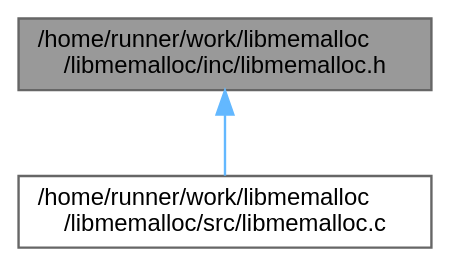
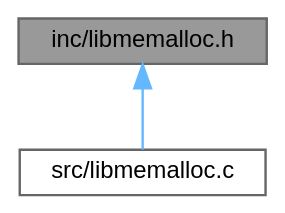
Before and after one commit to RafaelVVolkmer/libmemalloc: the diagram in libmemalloc_8h__dep__incl.dot, drawn with Graphviz. The commit also changed 89 other files, not shown here.

```diff
--- a/libmemalloc_8h__dep__incl.dot
+++ b/libmemalloc_8h__dep__incl.dot
@@ -1,10 +1,10 @@
-digraph "/home/runner/work/libmemalloc/libmemalloc/inc/libmemalloc.h"
+digraph "inc/libmemalloc.h"
 {
  // LATEX_PDF_SIZE
   bgcolor="transparent";
   edge [fontname=Helvetica,fontsize=10,labelfontname=Helvetica,labelfontsize=10];
   node [fontname=Helvetica,fontsize=10,shape=box,height=0.2,width=0.4];
-  Node1 [id="Node000001",label="/home/runner/work/libmemalloc\l/libmemalloc/inc/libmemalloc.h",height=0.2,width=0.4,color="gray40", fillcolor="grey60", style="filled", fontcolor="black",tooltip=" "];
+  Node1 [id="Node000001",label="inc/libmemalloc.h",height=0.2,width=0.4,color="gray40", fillcolor="grey60", style="filled", fontcolor="black",tooltip=" "];
   Node1 -> Node2 [id="edge1_Node000001_Node000002",dir="back",color="steelblue1",style="solid",tooltip=" "];
-  Node2 [id="Node000002",label="/home/runner/work/libmemalloc\l/libmemalloc/src/libmemalloc.c",height=0.2,width=0.4,color="grey40", fillcolor="white", style="filled",URL="$libmemalloc_8c.html",tooltip="Core memory management components for libmemalloc."];
+  Node2 [id="Node000002",label="src/libmemalloc.c",height=0.2,width=0.4,color="grey40", fillcolor="white", style="filled",URL="$libmemalloc_8c.html",tooltip="Core memory management components for libmemalloc."];
 }
```
